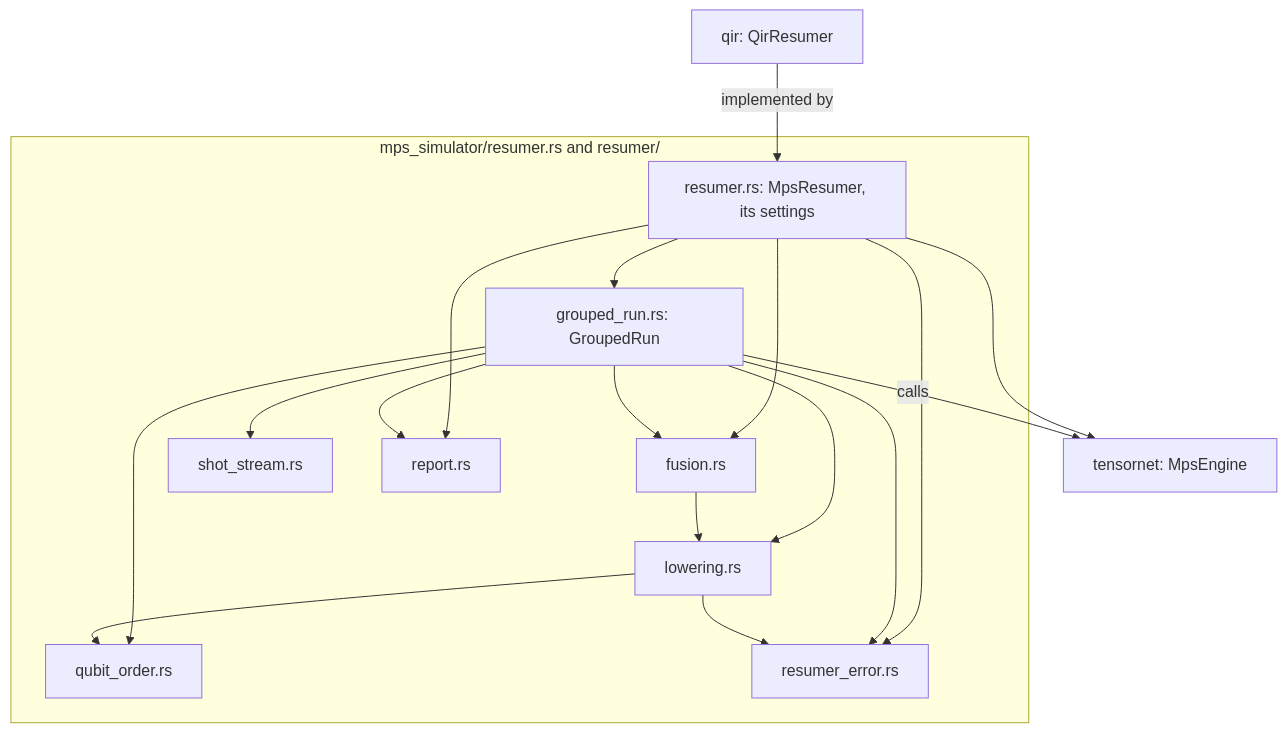
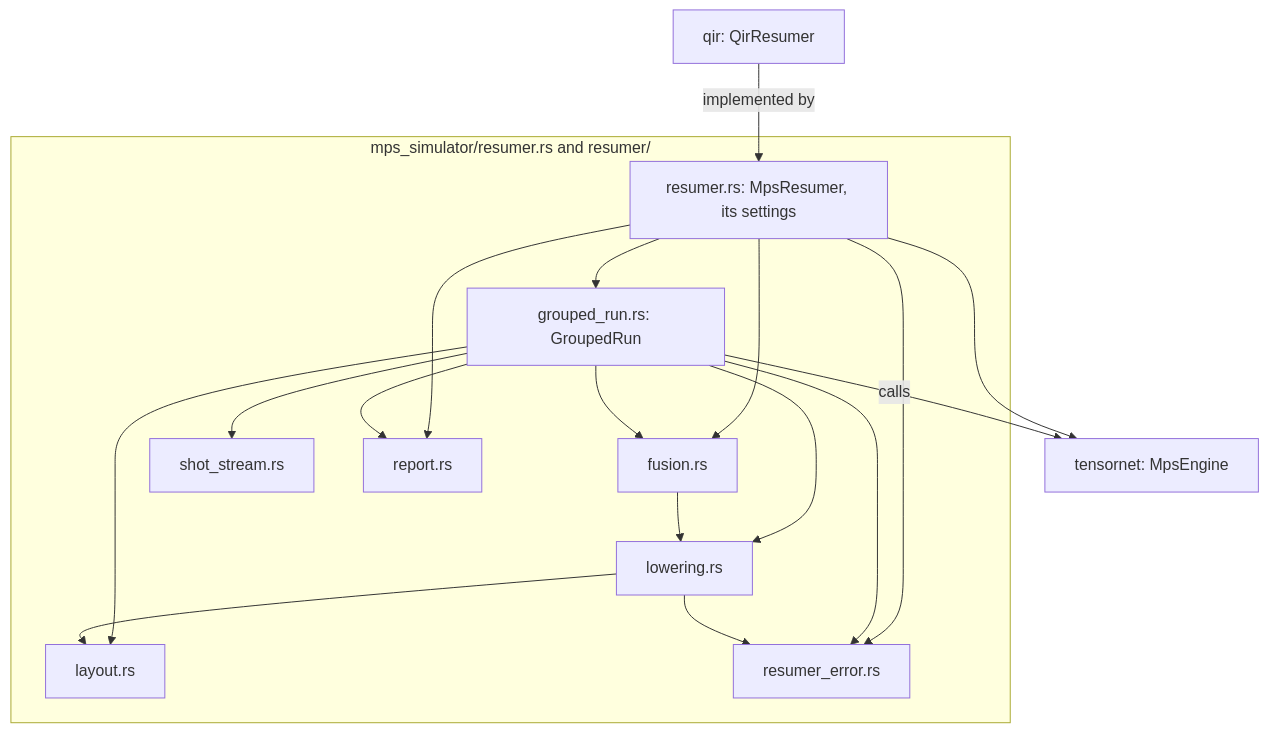
One commit to microsoft/qdk changed the second of 2 diagrams in source/simulators/src/mps_simulator/README.md. Above: the diagram before and after it, drawn with Mermaid. The commit also changed other lines of this file and 7 other files, not shown here.

First line of the commit message:
C3 design (layout): qubit_order.rs becomes layout.rs, the phase that places each qubit on a site

````diff
--- a/source/simulators/src/mps_simulator/README.md
+++ b/source/simulators/src/mps_simulator/README.md
@@ -91,22 +91,22 @@
 ```mermaid
 flowchart TD
   qir["qir: QirResumer"]
   subgraph resumer_dir["mps_simulator/resumer.rs and resumer/"]
     res["resumer.rs: MpsResumer, its settings"]
     run["grouped_run.rs: GroupedRun"]
     low["lowering.rs"]
     fus["fusion.rs"]
-    ord["qubit_order.rs"]
+    lay["layout.rs"]
     ss["shot_stream.rs"]
     rep["report.rs"]
     err["resumer_error.rs"]
   end
   tn["tensornet: MpsEngine"]
   qir -->|implemented by| res
   res --> run & fus & rep & err
   res --> tn
-  run --> low & fus & ord & ss & rep & err
+  run --> low & fus & lay & ss & rep & err
   fus --> low
-  low --> ord & err
+  low --> lay & err
   run -->|calls| tn
 ```
````
